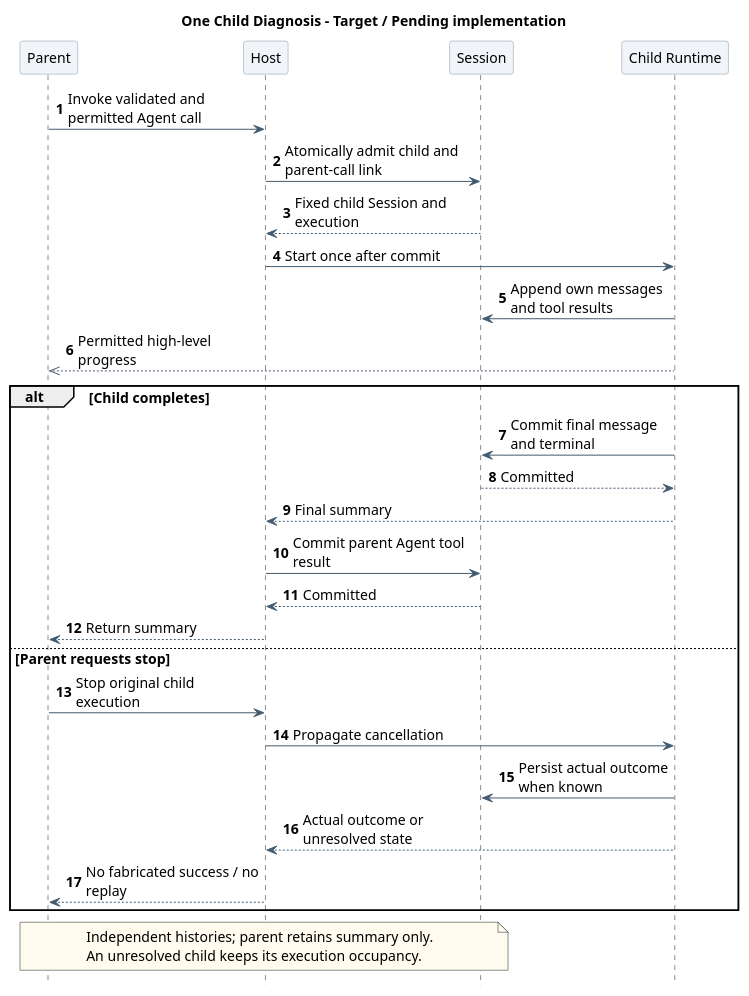
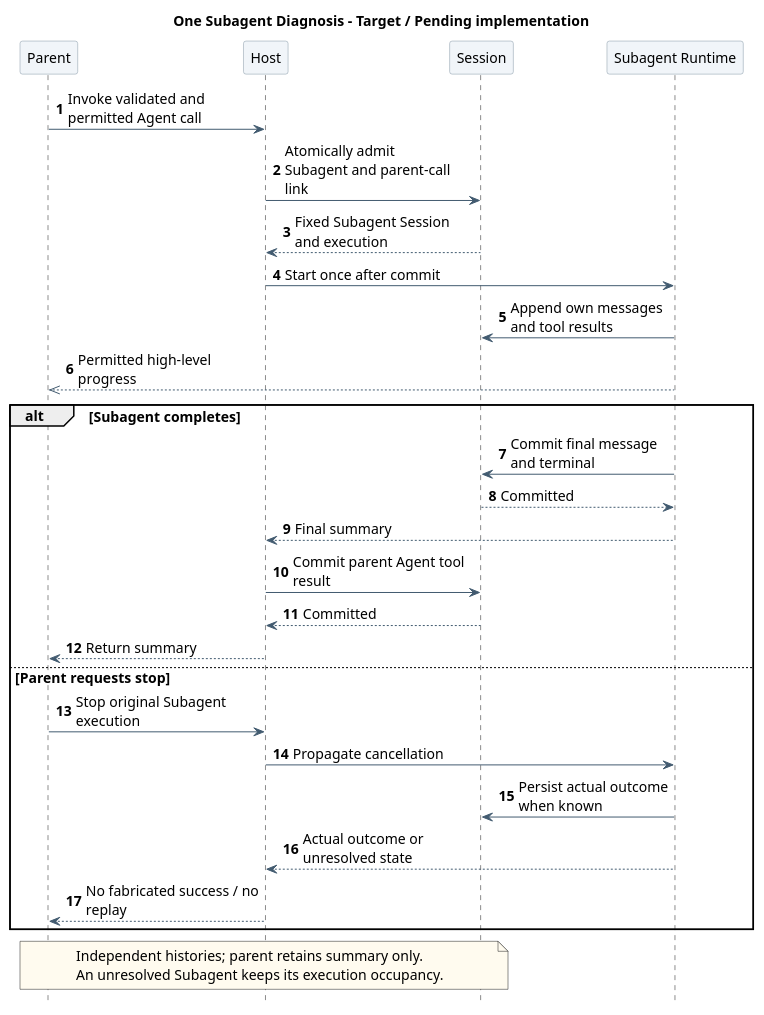
Before and after one commit to ssm0808/pi-mono-java-design: the second of 3 diagrams in 01-总体架构/01-CampusClaw多Agent运行时/设计图/统一事件持久化/diagram.puml, drawn with PlantUML. The commit also changed other lines of this file and 55 other files, not shown here.

```diff
--- a/01-总体架构/01-CampusClaw多Agent运行时/设计图/统一事件持久化/diagram.puml
+++ b/01-总体架构/01-CampusClaw多Agent运行时/设计图/统一事件持久化/diagram.puml
@@ -71,56 +71,56 @@
 @startuml unified_child_history
 ' Source evidence: Java main 769e86592285f4a25b0febaf551eddea6bc7212c
 ' modules/coding-agent-cli/src/main/java/com/campusclaw/codingagent/
 ' runtimeapi/event/RuntimeExecutionCoordinator.java:start
 ' runtimeapi/event/RuntimeEventProjector.java:project,persistToolResults
 ' session/AgentSessionFactory.java:create
 ' tool/agent/SubagentExecutionService.java:runChild
 ' modules/agent-core/src/main/java/com/campusclaw/agent/tool/ToolExecutionPipeline.java:execute
-' Observed behavior: Runtime persists; direct Child/Cron factory calls do not share its appender.
+' Observed behavior: Runtime persists; direct Subagent/Cron factory calls do not share its appender.
 ' Design reason: one durable host lifecycle and per-result commit; no statistics delivery pipeline.
 skinparam backgroundColor white
 skinparam defaultFontName SansSerif
 skinparam defaultFontSize 14
 skinparam shadowing false
 skinparam classAttributeIconSize 0
 skinparam ArrowColor #425B70
 skinparam classBackgroundColor #F1F5F9
 skinparam classBorderColor #8496A4
 skinparam sequenceParticipantBackgroundColor #F1F5F9
 skinparam sequenceParticipantBorderColor #8496A4
 skinparam sequenceMessageAlign left
 skinparam maxMessageSize 175
 skinparam noteBackgroundColor #FFFBEF
 hide empty members
 hide footbox
 autonumber
-title One Child Diagnosis - Target / Pending implementation
+title One Subagent Diagnosis - Target / Pending implementation
 participant "Parent" as Parent
 participant "Host" as Host
 participant "Session" as Store
-participant "Child Runtime" as Child
+participant "Subagent Runtime" as Subagent
 Parent -> Host : Invoke validated and permitted Agent call
-Host -> Store : Atomically admit child and parent-call link
-Store --> Host : Fixed child Session and execution
-Host -> Child : Start once after commit
-Child -> Store : Append own messages and tool results
-Child -->> Parent : Permitted high-level progress
-alt Child completes
-  Child -> Store : Commit final message and terminal
-  Store --> Child : Committed
-  Child --> Host : Final summary
+Host -> Store : Atomically admit Subagent and parent-call link
+Store --> Host : Fixed Subagent Session and execution
+Host -> Subagent : Start once after commit
+Subagent -> Store : Append own messages and tool results
+Subagent -->> Parent : Permitted high-level progress
+alt Subagent completes
+  Subagent -> Store : Commit final message and terminal
+  Store --> Subagent : Committed
+  Subagent --> Host : Final summary
   Host -> Store : Commit parent Agent tool result
   Store --> Host : Committed
   Host --> Parent : Return summary
 else Parent requests stop
-  Parent -> Host : Stop original child execution
-  Host -> Child : Propagate cancellation
-  Child -> Store : Persist actual outcome when known
-  Child --> Host : Actual outcome or unresolved state
+  Parent -> Host : Stop original Subagent execution
+  Host -> Subagent : Propagate cancellation
+  Subagent -> Store : Persist actual outcome when known
+  Subagent --> Host : Actual outcome or unresolved state
   Host --> Parent : No fabricated success / no replay
 end
 note over Parent,Store
   Independent histories; parent retains summary only.
-  An unresolved child keeps its execution occupancy.
+  An unresolved Subagent keeps its execution occupancy.
 end note
 @enduml
```
